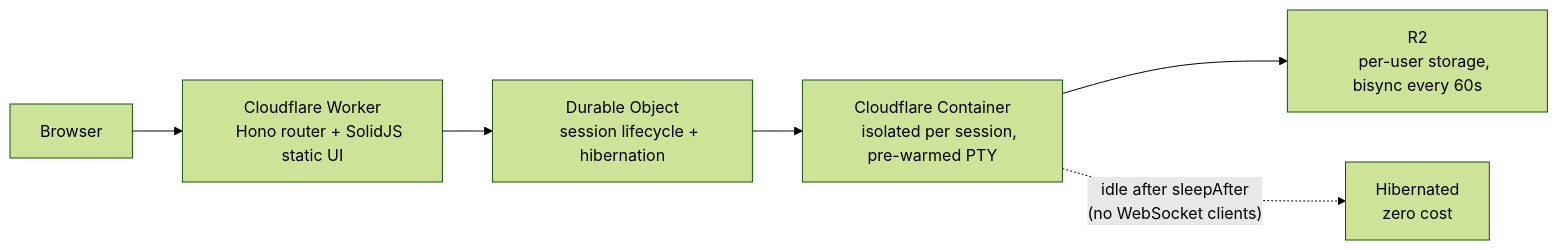
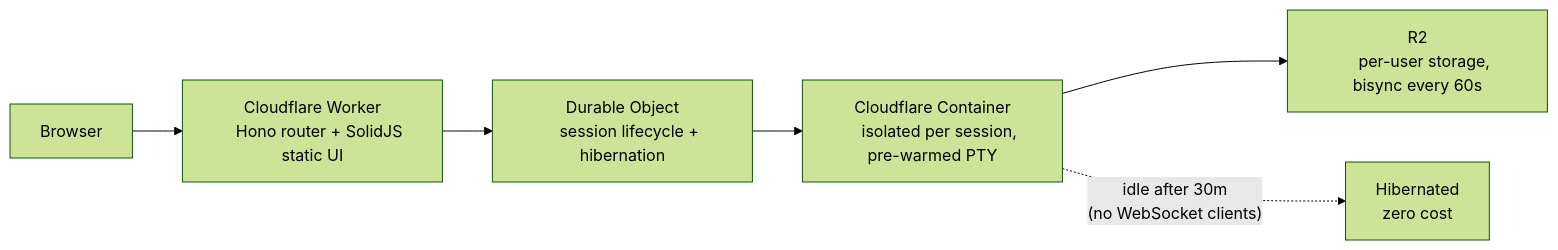
The diagram in README.md (nikolanovoselec/codeflare), drawn with Mermaid (forest theme) before and after one commit. The commit also changed 1 other file, not shown here.

Commit message:
docs: update CLAUDE.md and TECHNICAL.md with container lifecycle changes
- sleepAfter: 3m → 30m (confirmed stable with keepalive heartbeat)
- collectMetrics logs downgraded from info to debug
- Document zombie DO if/else early return pattern
- Document KV eventual consistency (~60s delay)
- Document batch-status statelessness guarantee
- Update metrics data flow diagram with debug logs and zombie detection
- Document setBucketName 409 sessionId storage for restarts
- Document lifecycle route re-calls setBucketName after destroy()
- Document /activity auth exemption at both DO and container levels
- Document _internal/* routes bypassing containerFetch/renewActivityTimeout
- Add yellow status indicator documentation
- Update polling interval (5s matches collectMetrics cadence)
- CONTEXT_EXPIRY_MS matches 30m sleepAfter
- Remove resolved TODOs (verbose logging, sleepAfter testing value)
- README: update sleepAfter in architecture diagram

````diff
--- a/README.md
+++ b/README.md
@@ -96,14 +96,14 @@
 ```mermaid
 flowchart LR
     A[Browser] --> B["Cloudflare Worker
     Hono router + SolidJS static UI"]
     B --> C["Durable Object
     session lifecycle + hibernation"]
     C --> D["Cloudflare Container
     isolated per session, pre-warmed PTY"]
     D --> E["R2
     per-user storage, bisync every 60s"]
-    D -. "idle after sleepAfter
+    D -. "idle after 30m
     (no WebSocket clients)" .-> F["Hibernated
     zero cost"]
 ```
````
